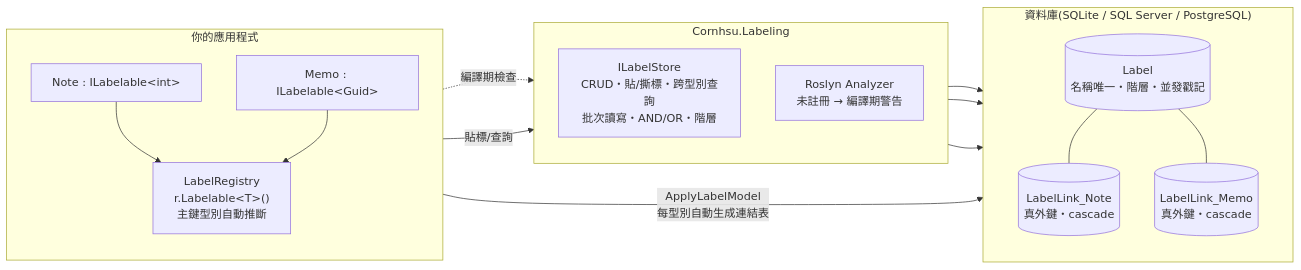
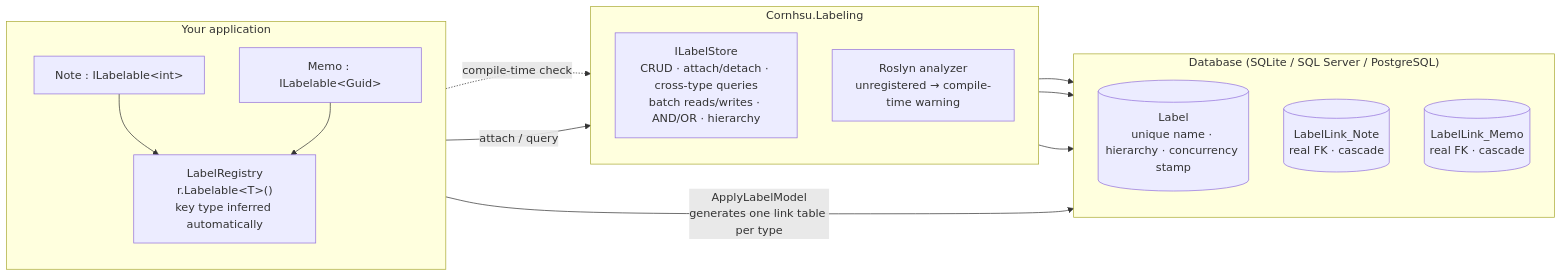
Before and after one commit to HSU-YU-MING/cornhsu-labeling: the diagram in README.md, drawn with Mermaid. The commit also changed other lines of this file and 29 other files, not shown here.

````diff
--- a/README.md
+++ b/README.md
@@ -18,33 +19,31 @@
 ```mermaid
 flowchart LR
-    subgraph app["你的應用程式"]
+    subgraph app["Your application"]
         direction TB
         note["Note : ILabelable&lt;int&gt;"]
         memo["Memo : ILabelable&lt;Guid&gt;"]
-        reg["LabelRegistry<br/>r.Labelable&lt;T&gt;()<br/>主鍵型別自動推斷"]
+        reg["LabelRegistry<br/>r.Labelable&lt;T&gt;()<br/>key type inferred automatically"]
     end
 
     subgraph pkg["Cornhsu.Labeling"]
         direction TB
-        store["ILabelStore<br/>CRUD・貼/撕標・跨型別查詢<br/>批次讀寫・AND/OR・階層"]
-        analyzer["Roslyn Analyzer<br/>未註冊 → 編譯期警告"]
+        store["ILabelStore<br/>CRUD · attach/detach · cross-type queries<br/>batch reads/writes · AND/OR · hierarchy"]
+        analyzer["Roslyn analyzer<br/>unregistered → compile-time warning"]
     end
 
-    subgraph db["資料庫(SQLite / SQL Server / PostgreSQL)"]
+    subgraph db["Database (SQLite / SQL Server / PostgreSQL)"]
         direction TB
-        label[("Label<br/>名稱唯一・階層・並發戳記")]
-        link1[("LabelLink_Note<br/>真外鍵・cascade")]
-        link2[("LabelLink_Memo<br/>真外鍵・cascade")]
+        label[("Label<br/>unique name · hierarchy · concurrency stamp")]
+        link1[("LabelLink_Note<br/>real FK · cascade")]
+        link2[("LabelLink_Memo<br/>real FK · cascade")]
     end
 
-    note -.->|"編譯期檢查"| analyzer
+    note -.->|"compile-time check"| analyzer
     note --> reg
     memo --> reg
-    reg -->|"ApplyLabelModel<br/>每型別自動生成連結表"| db
-    app -->|"貼標/查詢"| store
+    reg -->|"ApplyLabelModel<br/>generates one link table per type"| db
+    app -->|"attach / query"| store
     store --> label
     store --> link1
     store --> link2
-    label --- link1
-    label --- link2
 ```
````
